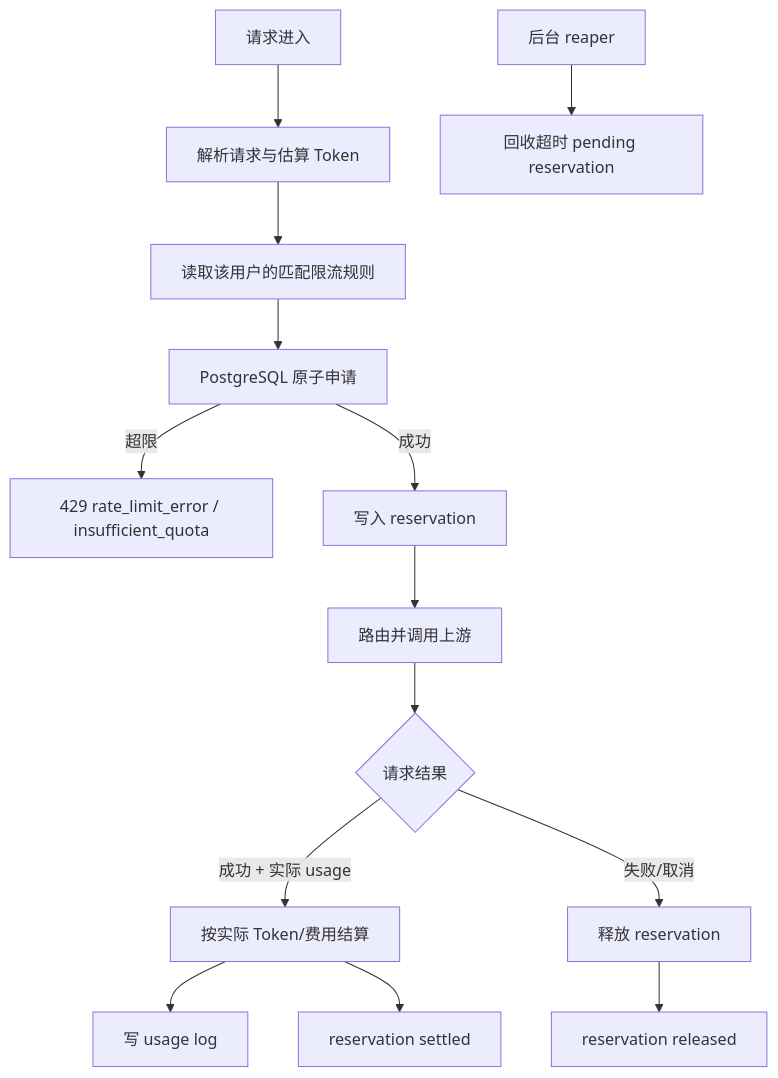
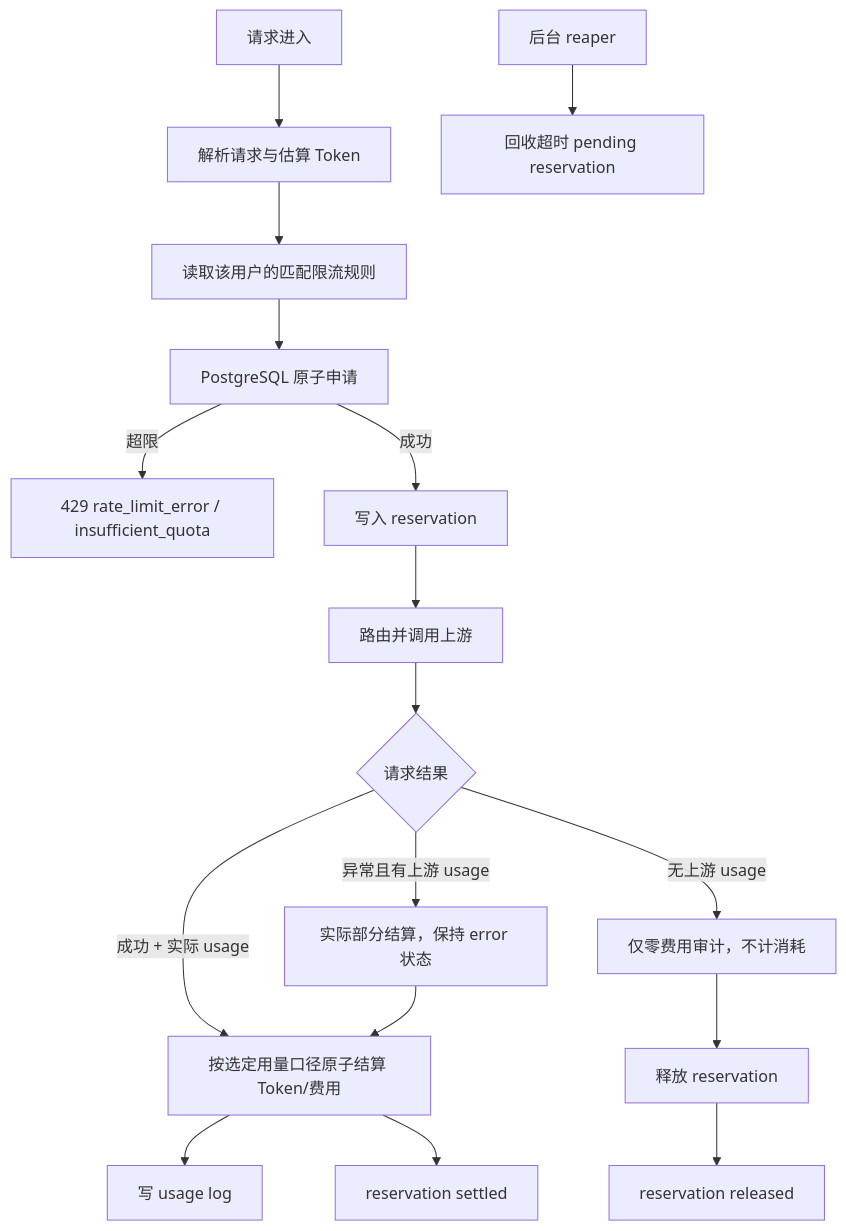
One commit to epoch-fresh-2026/LLMGateway changed the fifth of 6 diagrams in docs/module-boundaries-and-dataflow.md. Above: the diagram before and after it, drawn with Mermaid. The commit also changed other lines of this file and 38 other files, not shown here.

````diff
--- a/docs/module-boundaries-and-dataflow.md
+++ b/docs/module-boundaries-and-dataflow.md
@@ -234,16 +238,19 @@
 ```mermaid
 flowchart TD
     REQUEST[请求进入] --> PRECHECK[解析请求与估算 Token]
     PRECHECK --> RULES[读取该用户的匹配限流规则]
     RULES --> ATOMIC[PostgreSQL 原子申请]
     ATOMIC -->|超限| REJECT[429 rate_limit_error / insufficient_quota]
     ATOMIC -->|成功| RESERVE[写入 reservation]
     RESERVE --> ROUTE[路由并调用上游]
     ROUTE --> RESULT{请求结果}
-    RESULT -->|成功 + 实际 usage| SETTLE[按实际 Token/费用结算]
-    RESULT -->|失败/取消| RELEASE[释放 reservation]
+    RESULT -->|成功 + 实际 usage| SETTLE[按选定用量口径原子结算 Token/费用]
+    RESULT -->|异常且有上游 usage| PARTIAL[实际部分结算，保持 error 状态]
+    PARTIAL --> SETTLE
+    RESULT -->|无上游 usage| AUDIT[仅零费用审计，不计消耗]
+    AUDIT --> RELEASE[释放 reservation]
     SETTLE --> LOG[写 usage log]
     SETTLE --> DONE[reservation settled]
     RELEASE --> RELEASED[reservation released]
     EXPIRE[后台 reaper] --> EXPIRED[回收超时 pending reservation]
 ```
````
